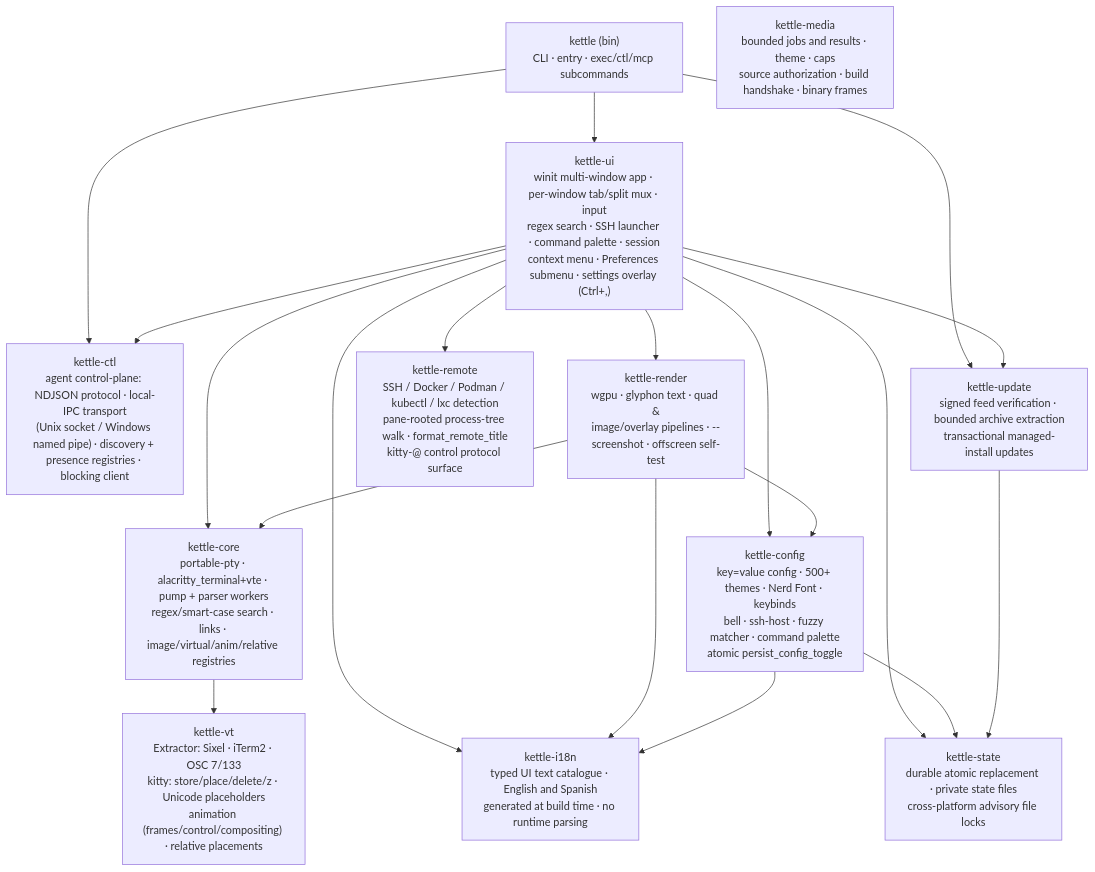
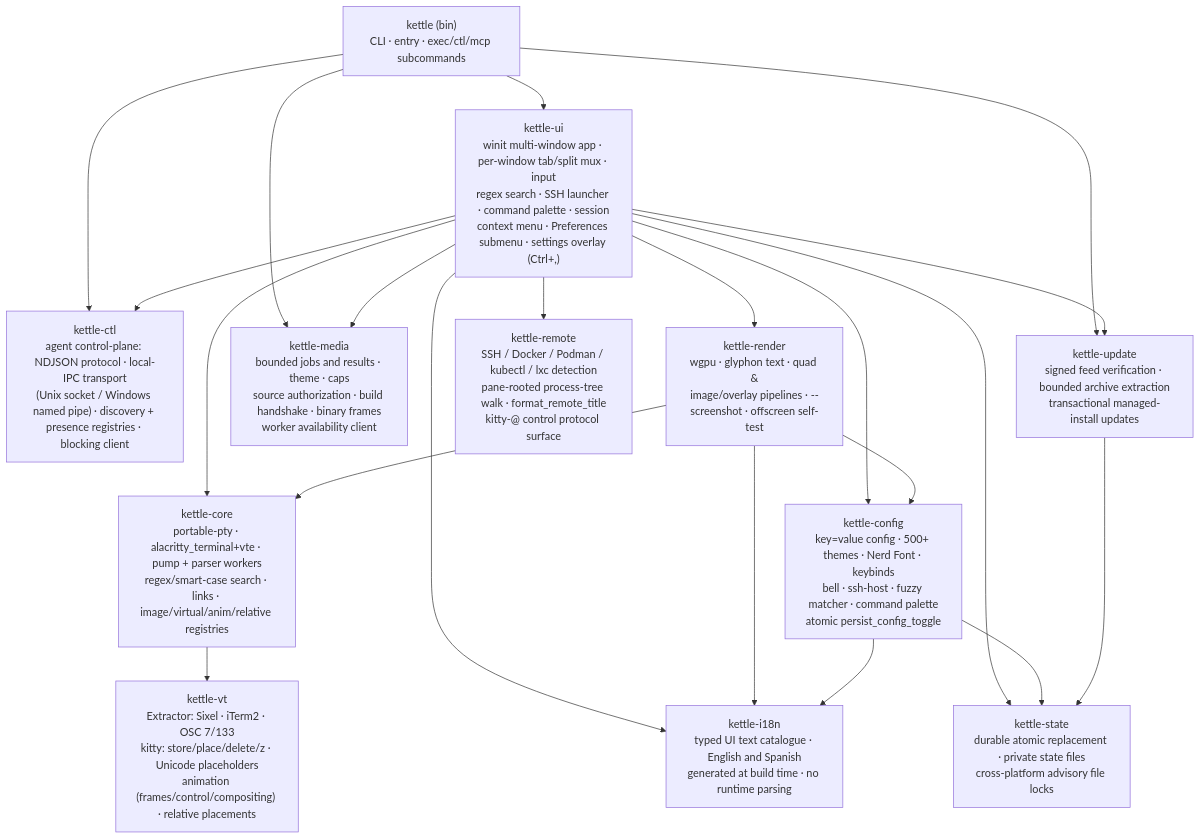
One commit to Reddimus/kettle changed the first of 11 diagrams in docs/ARCHITECTURE.md. Above: the diagram before and after it, drawn with Mermaid. The commit also changed other lines of this file and 20 other files, not shown here.

First line of the commit message:
kettle-media, kettle, kettle-ui: share the worker's build identity and fail closed without it (#464)

````diff
--- a/docs/ARCHITECTURE.md
+++ b/docs/ARCHITECTURE.md
@@ -10,27 +10,29 @@
 ```mermaid
 graph TD
     bin["kettle (bin)<br/>CLI · entry · exec/ctl/mcp subcommands"] --> ui
     bin --> ctl
     bin --> update
+    bin --> media
     ui["kettle-ui<br/>winit multi-window app · per-window tab/split mux · input<br/>regex search · SSH launcher · command palette · session<br/>context menu · Preferences submenu · settings overlay (Ctrl+,)"] --> render
     ui --> core
     ui --> cfg
     ui --> remote
     ui --> ctl
     ui --> state
     ui --> update
     ui --> i18n
+    ui --> media
     i18n["kettle-i18n<br/>typed UI text catalogue · English and Spanish<br/>generated at build time · no runtime parsing"]
     ctl["kettle-ctl<br/>agent control-plane: NDJSON protocol · local-IPC transport<br/>(Unix socket / Windows named pipe) · discovery + presence registries · blocking client"]
     render["kettle-render<br/>wgpu · glyphon text · quad &<br/>image/overlay pipelines · --screenshot · offscreen self-test"] --> core
     render --> cfg
     render --> i18n
     core["kettle-core<br/>portable-pty · alacritty_terminal+vte · pump + parser workers<br/>regex/smart-case search · links · image/virtual/anim/relative registries"] --> vt
     cfg --> i18n
     cfg["kettle-config<br/>key=value config · 500+ themes · Nerd Font · keybinds<br/>bell · ssh-host · fuzzy matcher · command palette<br/>atomic persist_config_toggle"] --> state
     vt["kettle-vt<br/>Extractor: Sixel · iTerm2 · OSC 7/133<br/>kitty: store/place/delete/z · Unicode placeholders<br/>animation (frames/control/compositing) · relative placements"]
     remote["kettle-remote<br/>SSH / Docker / Podman / kubectl / lxc detection<br/>pane-rooted process-tree walk · format_remote_title<br/>kitty-@ control protocol surface"]
     update["kettle-update<br/>signed feed verification · bounded archive extraction<br/>transactional managed-install updates"] --> state
     state["kettle-state<br/>durable atomic replacement · private state files<br/>cross-platform advisory file locks"]
-    media["kettle-media<br/>bounded jobs and results · theme · caps<br/>source authorization · build handshake · binary frames"]
+    media["kettle-media<br/>bounded jobs and results · theme · caps<br/>source authorization · build handshake · binary frames<br/>worker availability client"]
 ```
````
